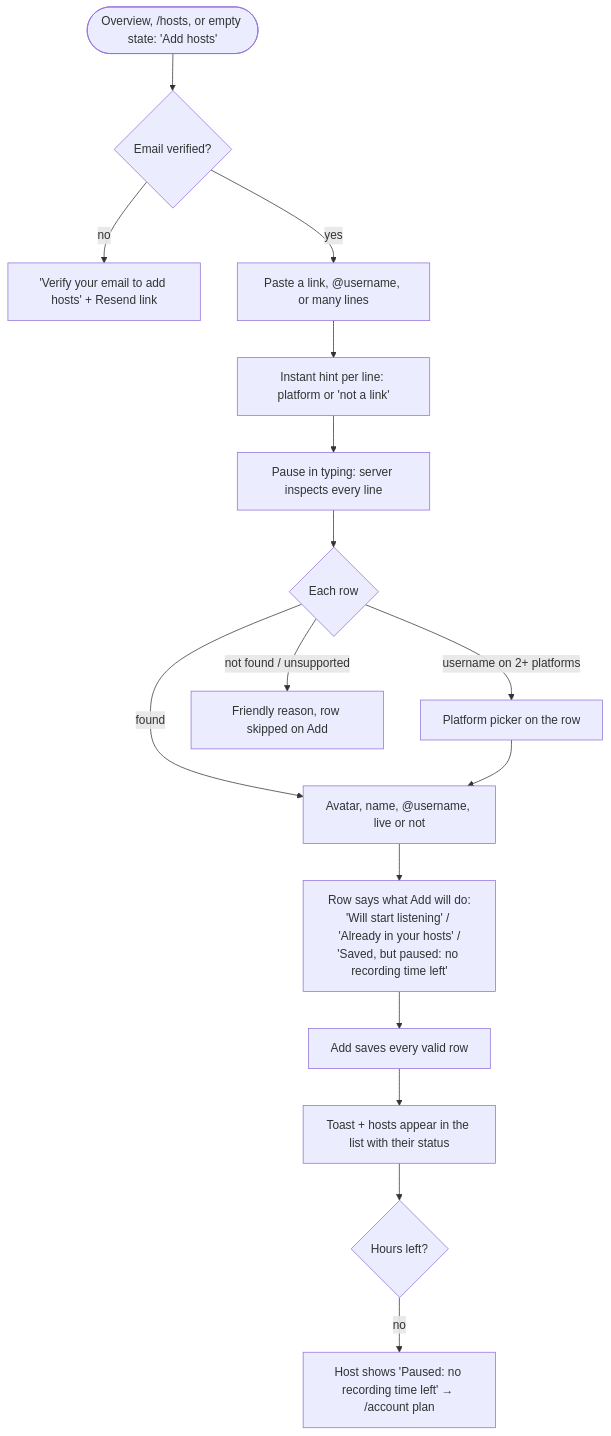
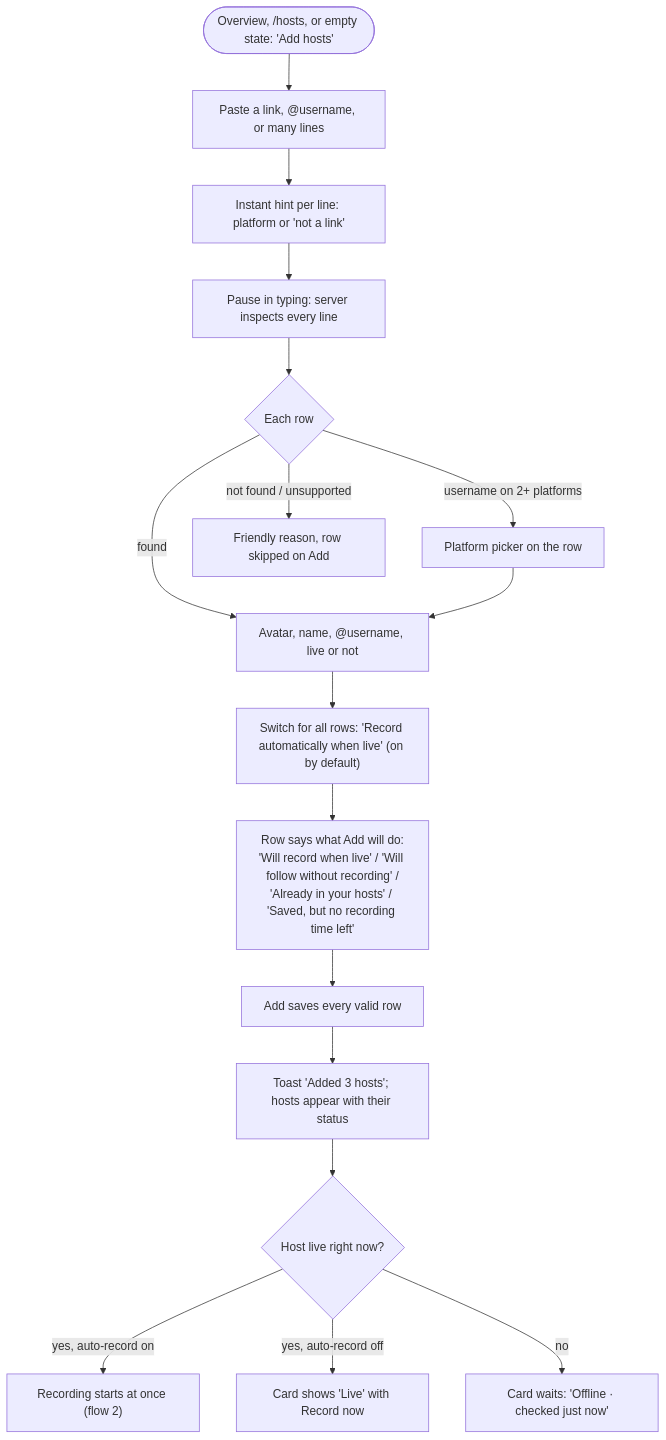
One commit to binhld98/AutoRecordLive changed the second of 11 diagrams in docs/user-flows.md. Above: the diagram before and after it, drawn with Mermaid. The commit also changed other lines of this file, not shown here.

Commit message:
docs: revise user flows after review

````diff
--- a/docs/user-flows.md
+++ b/docs/user-flows.md
@@ -56,17 +104,18 @@
 ```mermaid
 flowchart TD
-  start(["Overview, /hosts, or empty state: 'Add hosts'"]) --> verified{"Email verified?"}
-  verified -- no --> needverify["'Verify your email to add hosts' + Resend link"]
-  verified -- yes --> paste["Paste a link, @username, or many lines"]
+  start(["Overview, /hosts, or empty state: 'Add hosts'"]) --> paste["Paste a link, @username, or many lines"]
   paste --> hint["Instant hint per line: platform or 'not a link'"]
   hint --> inspect["Pause in typing: server inspects every line"]
   inspect --> row{"Each row"}
   row -- "found" --> preview["Avatar, name, @username, live or not"]
   row -- "username on 2+ platforms" --> pick["Platform picker on the row"] --> preview
   row -- "not found / unsupported" --> err["Friendly reason, row skipped on Add"]
-  preview --> will["Row says what Add will do:<br/>'Will start listening' / 'Already in your hosts' /<br/>'Saved, but paused: no recording time left'"]
+  preview --> auto["Switch for all rows: 'Record automatically when live' (on by default)"]
+  auto --> will["Row says what Add will do:<br/>'Will record when live' / 'Will follow without recording' /<br/>'Already in your hosts' / 'Saved, but no recording time left'"]
   will --> addbtn["Add saves every valid row"]
-  addbtn --> done["Toast + hosts appear in the list with their status"]
-  done --> paused{"Hours left?"}
-  paused -- no --> pausedcard["Host shows 'Paused: no recording time left' → /account plan"]
+  addbtn --> done["Toast 'Added 3 hosts'; hosts appear with their status"]
+  done --> live{"Host live right now?"}
+  live -- "yes, auto-record on" --> recnow["Recording starts at once (flow 2)"]
+  live -- "yes, auto-record off" --> offer["Card shows 'Live' with Record now"]
+  live -- no --> waits["Card waits: 'Offline · checked just now'"]
 ```
````
